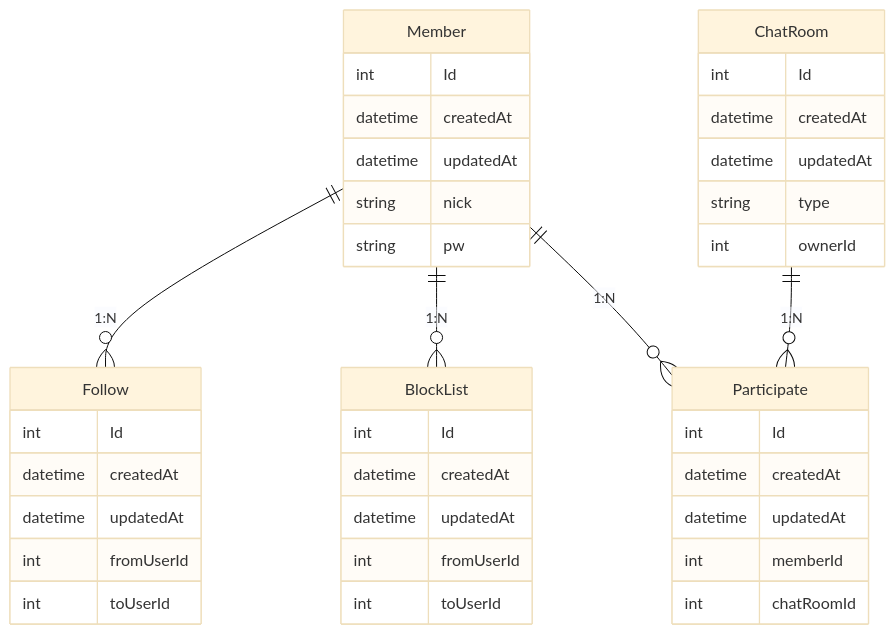
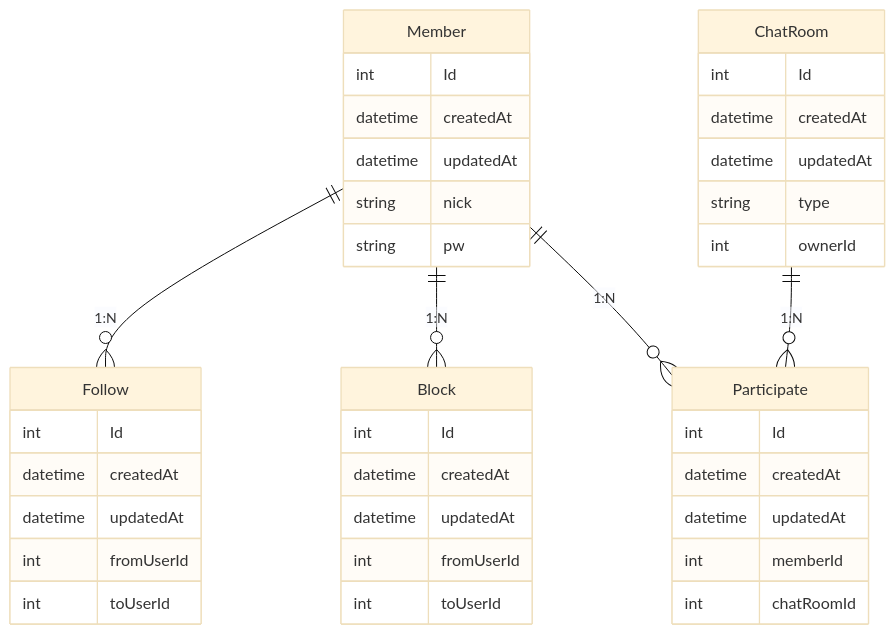
Before and after one commit to GustavEiffels/COMMON_CHAT: the diagram in doc/erd.md, drawn with Mermaid (base theme). The commit also changed 4 other files, not shown here.

````diff
--- a/doc/erd.md
+++ b/doc/erd.md
@@ -1,48 +1,48 @@
 ```mermaid
 erDiagram
     Member {
         int Id
         datetime createdAt
         datetime updatedAt
         string nick
         string pw
     }
 
     Follow {
         int Id
         datetime createdAt
         datetime updatedAt
         int fromUserId
         int toUserId
     }
 
-    BlockList {
+    Block {
         int Id
         datetime createdAt
         datetime updatedAt
         int fromUserId
         int toUserId
     }
 
     Participate {
         int Id
         datetime createdAt
         datetime updatedAt
         int memberId
         int chatRoomId
     }
 
     ChatRoom {
         int Id
         datetime createdAt
         datetime updatedAt
         string type
         int ownerId
     }
 
     Member ||--o{ Follow : "1:N"
-    Member ||--o{ BlockList : "1:N"
+    Member ||--o{ Block : "1:N"
     Member ||--o{ Participate : "1:N"
     ChatRoom ||--o{ Participate : "1:N"
 
 ```
````
